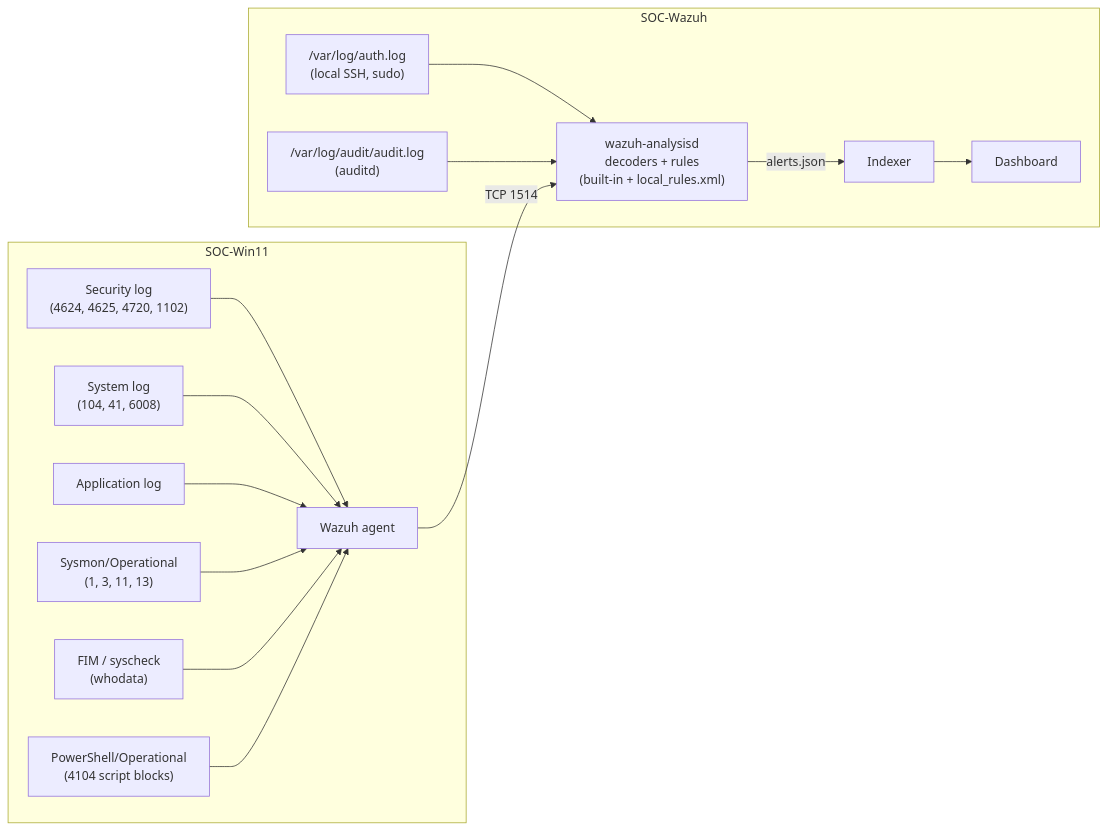
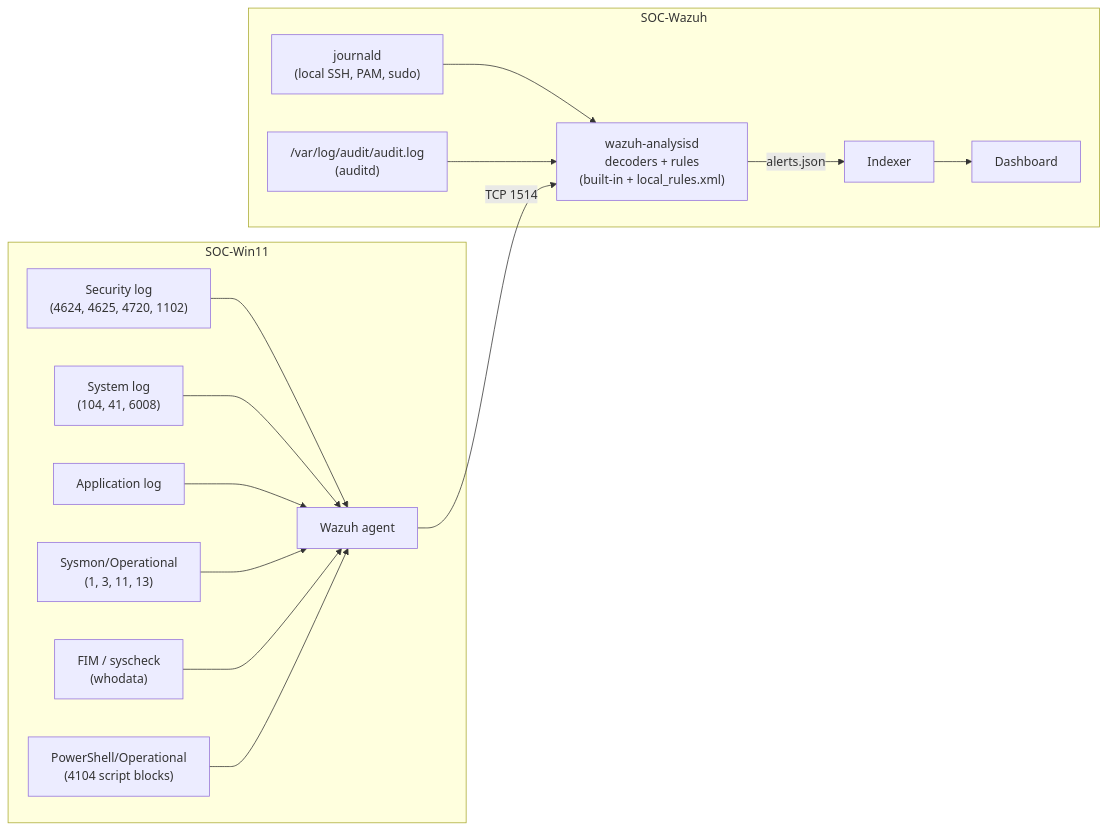
The second of 2 diagrams in docs/01-architecture.md (Abdullah0415/SOC-Home-Lab), drawn with Mermaid before and after one commit. The commit also changed other lines of this file and 63 other files, not shown here.

````diff
--- a/docs/01-architecture.md
+++ b/docs/01-architecture.md
@@ -36,29 +36,29 @@
 ```mermaid
 flowchart LR
     subgraph EP["SOC-Win11"]
         SEC["Security log<br/>(4624, 4625, 4720, 1102)"]
         SYS["System log<br/>(104, 41, 6008)"]
         APP["Application log"]
         SMON["Sysmon/Operational<br/>(1, 3, 11, 13)"]
         FIM["FIM / syscheck<br/>(whodata)"]
         PSL["PowerShell/Operational<br/>(4104 script blocks)"]
         AG["Wazuh agent"]
         SEC --> AG
         SYS --> AG
         APP --> AG
         SMON --> AG
         FIM --> AG
         PSL --> AG
     end
     subgraph SIEM["SOC-Wazuh"]
-        AUTH["/var/log/auth.log<br/>(local SSH, sudo)"]
+        AUTH["journald<br/>(local SSH, PAM, sudo)"]
         AUD["/var/log/audit/audit.log<br/>(auditd)"]
         MGR["wazuh-analysisd<br/>decoders + rules<br/>(built-in + local_rules.xml)"]
         IDX["Indexer"]
         DASH["Dashboard"]
         AUTH --> MGR
         AUD --> MGR
         MGR -- "alerts.json" --> IDX --> DASH
     end
     AG -- "TCP 1514" --> MGR
 ```
````
